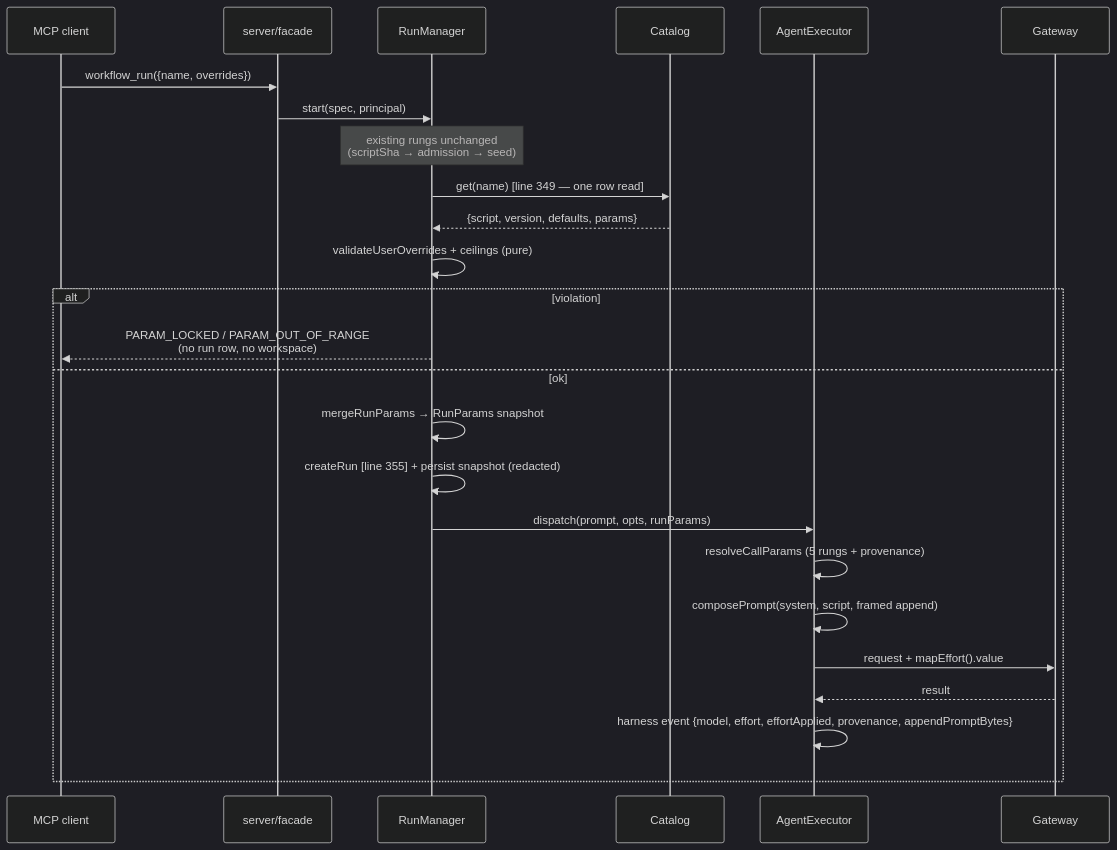
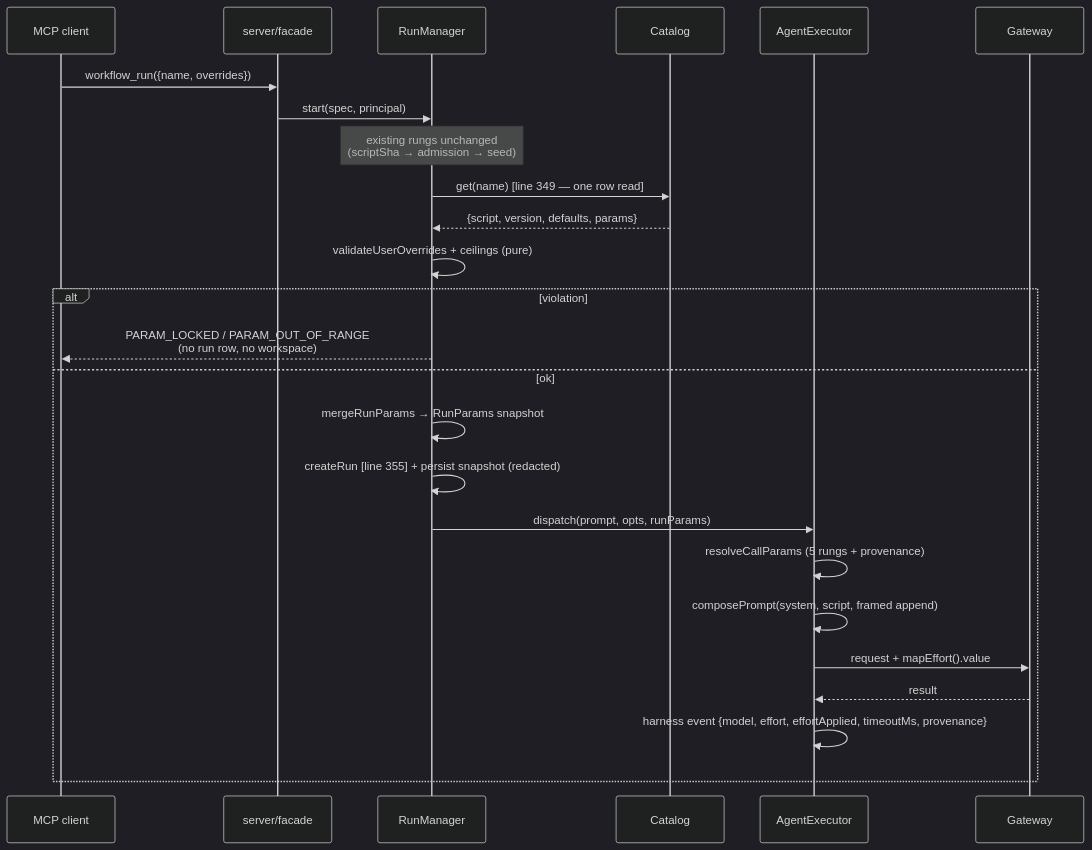
One commit to HsuJavis/remote-workflow-engine changed the fourth of 5 diagrams in .sdlc/features/001-remote-workflow-engine/02-architecture.md. Above: the diagram before and after it, drawn with Mermaid (dark theme). The commit also changed other lines of this file and 6 other files, not shown here.

````diff
--- a/.sdlc/features/001-remote-workflow-engine/02-architecture.md
+++ b/.sdlc/features/001-remote-workflow-engine/02-architecture.md
@@ -888,28 +888,30 @@
 ```mermaid
 sequenceDiagram
   participant Cl as MCP client
   participant S as server/facade
   participant RM as RunManager
   participant Cat as Catalog
   participant AE as AgentExecutor
   participant GW as Gateway
   Cl->>S: workflow_run({name, overrides})
   S->>RM: start(spec, principal)
   Note over RM: existing rungs unchanged<br/>(scriptSha → admission → seed)
   RM->>Cat: get(name) [line 349 — one row read]
   Cat-->>RM: {script, version, defaults, params}
   RM->>RM: validateUserOverrides + ceilings (pure)
   alt violation
     RM-->>Cl: PARAM_LOCKED / PARAM_OUT_OF_RANGE<br/>(no run row, no workspace)
   else ok
     RM->>RM: mergeRunParams → RunParams snapshot
     RM->>RM: createRun [line 355] + persist snapshot (redacted)
     %% CallKey is built unchanged at run-manager.ts:706, upstream of this dispatch
   RM->>AE: dispatch(prompt, opts, runParams)
     AE->>AE: resolveCallParams (5 rungs + provenance)
     AE->>AE: composePrompt(system, script, framed append)
     AE->>GW: request + mapEffort().value
     GW-->>AE: result
-    AE->>AE: harness event {model, effort, effortApplied, provenance, appendPromptBytes}
+    AE->>AE: harness event {model, effort, effortApplied, timeoutMs, provenance}
+    %% AMENDED v21 Gate 8 RE-REVIEW #4 (A8/O-1): appendPromptBytes removed from this event —
+    %% adjudication B-2 dropped it (and promptTruncated) from HarnessDescriptor; see ARCH-068's api line.
   end
 ```
````
